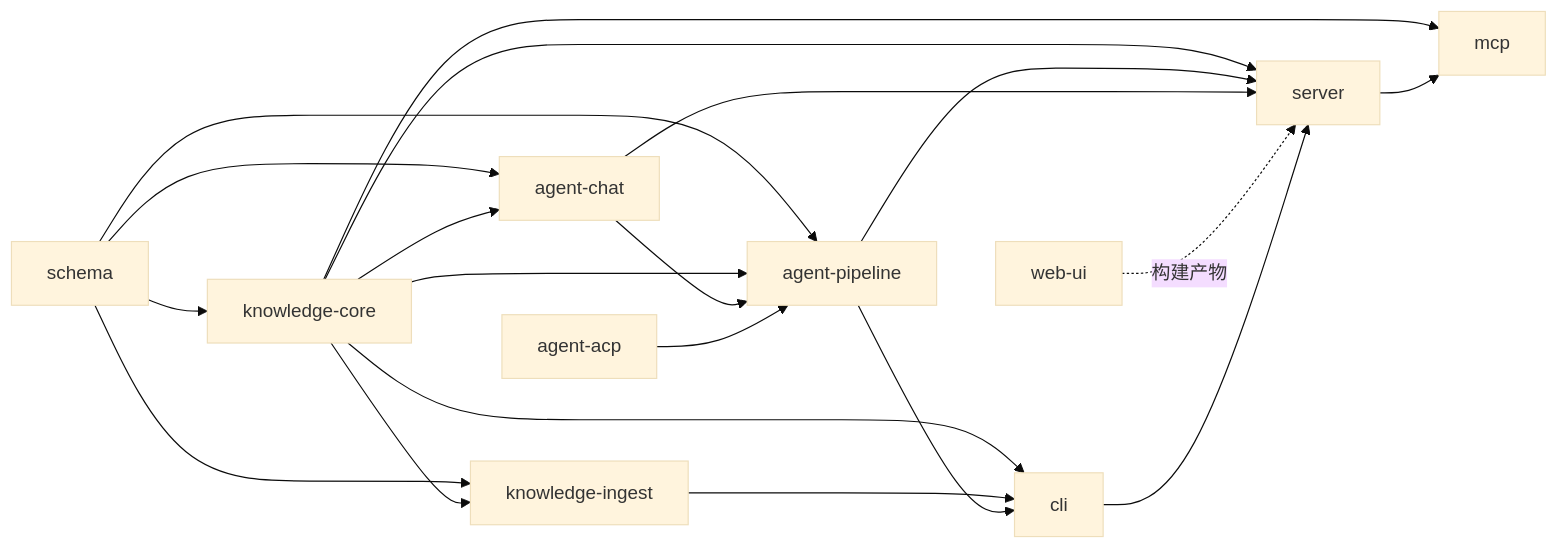
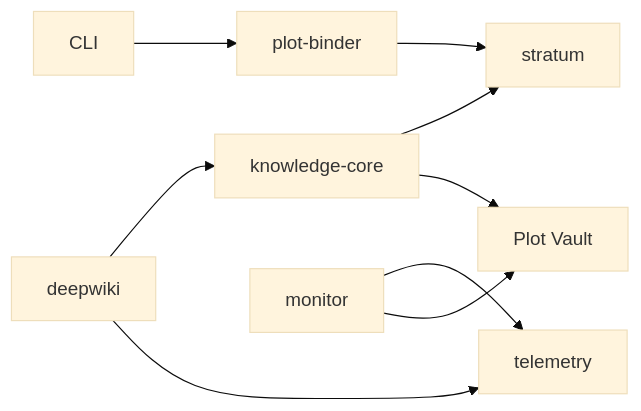
Before and after one commit to sopaco/terrain: the second of 4 diagrams in docs/team-platform-technical-design.md, drawn with Mermaid (base theme). The commit also changed other lines of this file and 12 other files, not shown here.

````diff
--- a/docs/team-platform-technical-design.md
+++ b/docs/team-platform-technical-design.md
@@ -242,33 +607,11 @@
 ```mermaid
-graph LR
-    schema[schema]
-    core[knowledge-core]
-    ingest[knowledge-ingest]
-    chat[agent-chat]
-    pipe[agent-pipeline]
-    acp[agent-acp]
-    srv[server]
-    mcp[mcp]
-    cli[cli]
-    ui[web-ui]
-
-  schema --> core
-  schema --> ingest
-  schema --> chat
-  schema --> pipe
-  core --> ingest
-  core --> chat
-  core --> pipe
-  core --> srv
-  core --> mcp
-  core --> cli
-  chat --> pipe
-  acp --> pipe
-  ingest --> cli
-  pipe --> cli
-  pipe --> srv
-  chat --> srv
-  srv --> mcp
-  ui -.构建产物.-> srv
-  cli --> srv
+flowchart LR
+    CLI --> BINDER[plot-binder]
+    DW[deepwiki] --> CORE[knowledge-core]
+    DW --> TEL[telemetry]
+    MON[monitor] --> TEL
+    MON --> VAULT[Plot Vault]
+    BINDER --> STRATUM[stratum]
+    CORE --> STRATUM
+    CORE --> VAULT
 ```
````
